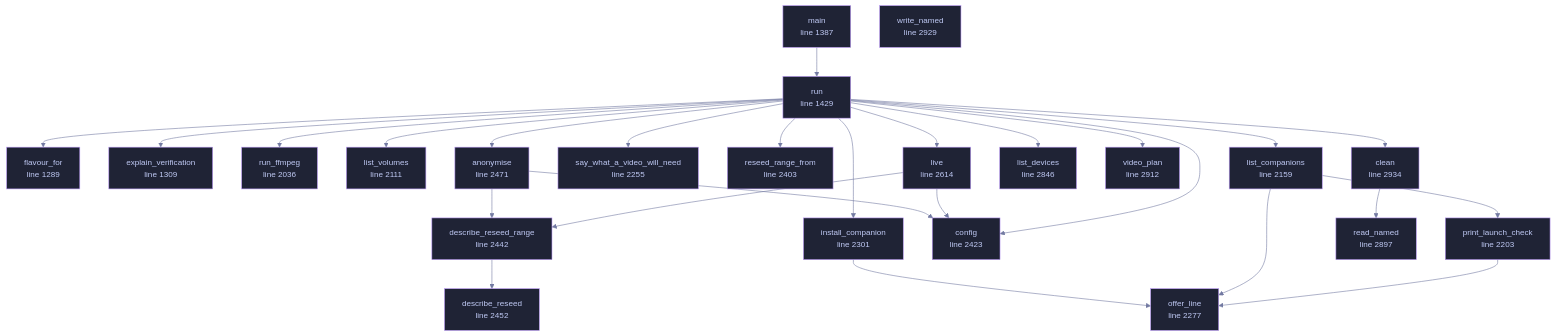
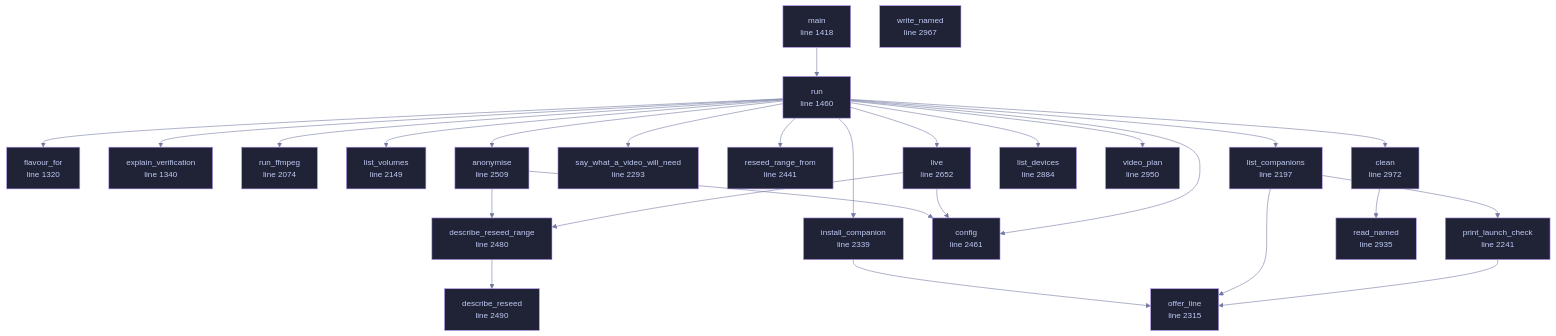
One commit to tilas01/veilvoice changed the diagram in docs/files/veilvoice-cli/main.md. Above: the diagram before and after it, drawn with Mermaid. The commit also changed other lines of this file and 102 other files, not shown here.

````diff
--- a/docs/files/veilvoice-cli/main.md
+++ b/docs/files/veilvoice-cli/main.md
@@ -135,75 +135,75 @@
 ```mermaid
 %%{init: {"theme":"base","themeVariables":{"background":"#1a1b26","primaryColor":"#1f2335","primaryTextColor":"#c0caf5","primaryBorderColor":"#7aa2f7","secondaryColor":"#16161e","tertiaryColor":"#16161e","lineColor":"#737aa2","textColor":"#c0caf5","mainBkg":"#1f2335","nodeBorder":"#7aa2f7","clusterBkg":"#16161e","clusterBorder":"#2f3549","fontFamily":"ui-monospace, SFMono-Regular, Consolas, monospace","fontSize":"14px"}}}%%
 flowchart TD
-    n_flavour_for["flavour_for<br/>line 1289"]
-    n_explain_verification["explain_verification<br/>line 1309"]
-    n_main["main<br/>line 1387"]
-    n_run["run<br/>line 1429"]
-    n_run_ffmpeg["run_ffmpeg<br/>line 2036"]
-    n_list_volumes["list_volumes<br/>line 2111"]
-    n_list_companions["list_companions<br/>line 2159"]
-    n_print_launch_check["print_launch_check<br/>line 2203"]
-    n_say_what_a_video_will_need["say_what_a_video_will_need<br/>line 2255"]
-    n_offer_line["offer_line<br/>line 2277"]
-    n_install_companion["install_companion<br/>line 2301"]
-    n_reseed_range_from["reseed_range_from<br/>line 2403"]
-    n_config["config<br/>line 2423"]
-    n_describe_reseed_range["describe_reseed_range<br/>line 2442"]
-    n_describe_reseed["describe_reseed<br/>line 2452"]
-    n_anonymise["anonymise<br/>line 2471"]
-    n_live["live<br/>line 2614"]
-    n_list_devices["list_devices<br/>line 2846"]
-    n_read_named["read_named<br/>line 2897"]
-    n_video_plan["video_plan<br/>line 2912"]
-    n_write_named["write_named<br/>line 2929"]
-    n_clean["clean<br/>line 2934"]
+    n_flavour_for["flavour_for<br/>line 1320"]
+    n_explain_verification["explain_verification<br/>line 1340"]
+    n_main["main<br/>line 1418"]
+    n_run["run<br/>line 1460"]
+    n_run_ffmpeg["run_ffmpeg<br/>line 2074"]
+    n_list_volumes["list_volumes<br/>line 2149"]
+    n_list_companions["list_companions<br/>line 2197"]
+    n_print_launch_check["print_launch_check<br/>line 2241"]
+    n_say_what_a_video_will_need["say_what_a_video_will_need<br/>line 2293"]
+    n_offer_line["offer_line<br/>line 2315"]
+    n_install_companion["install_companion<br/>line 2339"]
+    n_reseed_range_from["reseed_range_from<br/>line 2441"]
+    n_config["config<br/>line 2461"]
+    n_describe_reseed_range["describe_reseed_range<br/>line 2480"]
+    n_describe_reseed["describe_reseed<br/>line 2490"]
+    n_anonymise["anonymise<br/>line 2509"]
+    n_live["live<br/>line 2652"]
+    n_list_devices["list_devices<br/>line 2884"]
+    n_read_named["read_named<br/>line 2935"]
+    n_video_plan["video_plan<br/>line 2950"]
+    n_write_named["write_named<br/>line 2967"]
+    n_clean["clean<br/>line 2972"]
     n_anonymise --> n_config
     n_anonymise --> n_describe_reseed_range
     n_clean --> n_read_named
     n_describe_reseed_range --> n_describe_reseed
     n_install_companion --> n_offer_line
     n_list_companions --> n_offer_line
     n_list_companions --> n_print_launch_check
     n_live --> n_config
     n_live --> n_describe_reseed_range
     n_main --> n_run
     n_print_launch_check --> n_offer_line
     n_run --> n_anonymise
     n_run --> n_clean
     n_run --> n_config
     n_run --> n_explain_verification
     n_run --> n_flavour_for
     n_run --> n_install_companion
     n_run --> n_list_companions
     n_run --> n_list_devices
     n_run --> n_list_volumes
     n_run --> n_live
     n_run --> n_reseed_range_from
     n_run --> n_run_ffmpeg
     n_run --> n_say_what_a_video_will_need
     n_run --> n_video_plan
-    click n_flavour_for href "https://github.com/tilas01/veilvoice/blob/main/crates/veilvoice-cli/src/main.rs#L1289" "open the source"
-    click n_explain_verification href "https://github.com/tilas01/veilvoice/blob/main/crates/veilvoice-cli/src/main.rs#L1309" "open the source"
-    click n_main href "https://github.com/tilas01/veilvoice/blob/main/crates/veilvoice-cli/src/main.rs#L1387" "open the source"
-    click n_run href "https://github.com/tilas01/veilvoice/blob/main/crates/veilvoice-cli/src/main.rs#L1429" "open the source"
-    click n_run_ffmpeg href "https://github.com/tilas01/veilvoice/blob/main/crates/veilvoice-cli/src/main.rs#L2036" "open the source"
-    click n_list_volumes href "https://github.com/tilas01/veilvoice/blob/main/crates/veilvoice-cli/src/main.rs#L2111" "open the source"
-    click n_list_companions href "https://github.com/tilas01/veilvoice/blob/main/crates/veilvoice-cli/src/main.rs#L2159" "open the source"
-    click n_print_launch_check href "https://github.com/tilas01/veilvoice/blob/main/crates/veilvoice-cli/src/main.rs#L2203" "open the source"
-    click n_say_what_a_video_will_need href "https://github.com/tilas01/veilvoice/blob/main/crates/veilvoice-cli/src/main.rs#L2255" "open the source"
-    click n_offer_line href "https://github.com/tilas01/veilvoice/blob/main/crates/veilvoice-cli/src/main.rs#L2277" "open the source"
-    click n_install_companion href "https://github.com/tilas01/veilvoice/blob/main/crates/veilvoice-cli/src/main.rs#L2301" "open the source"
-    click n_reseed_range_from href "https://github.com/tilas01/veilvoice/blob/main/crates/veilvoice-cli/src/main.rs#L2403" "open the source"
-    click n_config href "https://github.com/tilas01/veilvoice/blob/main/crates/veilvoice-cli/src/main.rs#L2423" "open the source"
-    click n_describe_reseed_range href "https://github.com/tilas01/veilvoice/blob/main/crates/veilvoice-cli/src/main.rs#L2442" "open the source"
-    click n_describe_reseed href "https://github.com/tilas01/veilvoice/blob/main/crates/veilvoice-cli/src/main.rs#L2452" "open the source"
-    click n_anonymise href "https://github.com/tilas01/veilvoice/blob/main/crates/veilvoice-cli/src/main.rs#L2471" "open the source"
-    click n_live href "https://github.com/tilas01/veilvoice/blob/main/crates/veilvoice-cli/src/main.rs#L2614" "open the source"
-    click n_list_devices href "https://github.com/tilas01/veilvoice/blob/main/crates/veilvoice-cli/src/main.rs#L2846" "open the source"
-    click n_read_named href "https://github.com/tilas01/veilvoice/blob/main/crates/veilvoice-cli/src/main.rs#L2897" "open the source"
-    click n_video_plan href "https://github.com/tilas01/veilvoice/blob/main/crates/veilvoice-cli/src/main.rs#L2912" "open the source"
-    click n_write_named href "https://github.com/tilas01/veilvoice/blob/main/crates/veilvoice-cli/src/main.rs#L2929" "open the source"
-    click n_clean href "https://github.com/tilas01/veilvoice/blob/main/crates/veilvoice-cli/src/main.rs#L2934" "open the source"
+    click n_flavour_for href "https://github.com/tilas01/veilvoice/blob/main/crates/veilvoice-cli/src/main.rs#L1320" "open the source"
+    click n_explain_verification href "https://github.com/tilas01/veilvoice/blob/main/crates/veilvoice-cli/src/main.rs#L1340" "open the source"
+    click n_main href "https://github.com/tilas01/veilvoice/blob/main/crates/veilvoice-cli/src/main.rs#L1418" "open the source"
+    click n_run href "https://github.com/tilas01/veilvoice/blob/main/crates/veilvoice-cli/src/main.rs#L1460" "open the source"
+    click n_run_ffmpeg href "https://github.com/tilas01/veilvoice/blob/main/crates/veilvoice-cli/src/main.rs#L2074" "open the source"
+    click n_list_volumes href "https://github.com/tilas01/veilvoice/blob/main/crates/veilvoice-cli/src/main.rs#L2149" "open the source"
+    click n_list_companions href "https://github.com/tilas01/veilvoice/blob/main/crates/veilvoice-cli/src/main.rs#L2197" "open the source"
+    click n_print_launch_check href "https://github.com/tilas01/veilvoice/blob/main/crates/veilvoice-cli/src/main.rs#L2241" "open the source"
+    click n_say_what_a_video_will_need href "https://github.com/tilas01/veilvoice/blob/main/crates/veilvoice-cli/src/main.rs#L2293" "open the source"
+    click n_offer_line href "https://github.com/tilas01/veilvoice/blob/main/crates/veilvoice-cli/src/main.rs#L2315" "open the source"
+    click n_install_companion href "https://github.com/tilas01/veilvoice/blob/main/crates/veilvoice-cli/src/main.rs#L2339" "open the source"
+    click n_reseed_range_from href "https://github.com/tilas01/veilvoice/blob/main/crates/veilvoice-cli/src/main.rs#L2441" "open the source"
+    click n_config href "https://github.com/tilas01/veilvoice/blob/main/crates/veilvoice-cli/src/main.rs#L2461" "open the source"
+    click n_describe_reseed_range href "https://github.com/tilas01/veilvoice/blob/main/crates/veilvoice-cli/src/main.rs#L2480" "open the source"
+    click n_describe_reseed href "https://github.com/tilas01/veilvoice/blob/main/crates/veilvoice-cli/src/main.rs#L2490" "open the source"
+    click n_anonymise href "https://github.com/tilas01/veilvoice/blob/main/crates/veilvoice-cli/src/main.rs#L2509" "open the source"
+    click n_live href "https://github.com/tilas01/veilvoice/blob/main/crates/veilvoice-cli/src/main.rs#L2652" "open the source"
+    click n_list_devices href "https://github.com/tilas01/veilvoice/blob/main/crates/veilvoice-cli/src/main.rs#L2884" "open the source"
+    click n_read_named href "https://github.com/tilas01/veilvoice/blob/main/crates/veilvoice-cli/src/main.rs#L2935" "open the source"
+    click n_video_plan href "https://github.com/tilas01/veilvoice/blob/main/crates/veilvoice-cli/src/main.rs#L2950" "open the source"
+    click n_write_named href "https://github.com/tilas01/veilvoice/blob/main/crates/veilvoice-cli/src/main.rs#L2967" "open the source"
+    click n_clean href "https://github.com/tilas01/veilvoice/blob/main/crates/veilvoice-cli/src/main.rs#L2972" "open the source"
     classDef helper fill:#1f2335,stroke:#bb9af7,color:#c0caf5
     class n_flavour_for,n_explain_verification,n_main,n_run,n_run_ffmpeg,n_list_volumes,n_list_companions,n_print_launch_check,n_say_what_a_video_will_need,n_offer_line,n_install_companion,n_reseed_range_from,n_config,n_describe_reseed_range,n_describe_reseed,n_anonymise,n_live,n_list_devices,n_read_named,n_video_plan,n_write_named,n_clean helper
 ```
````
